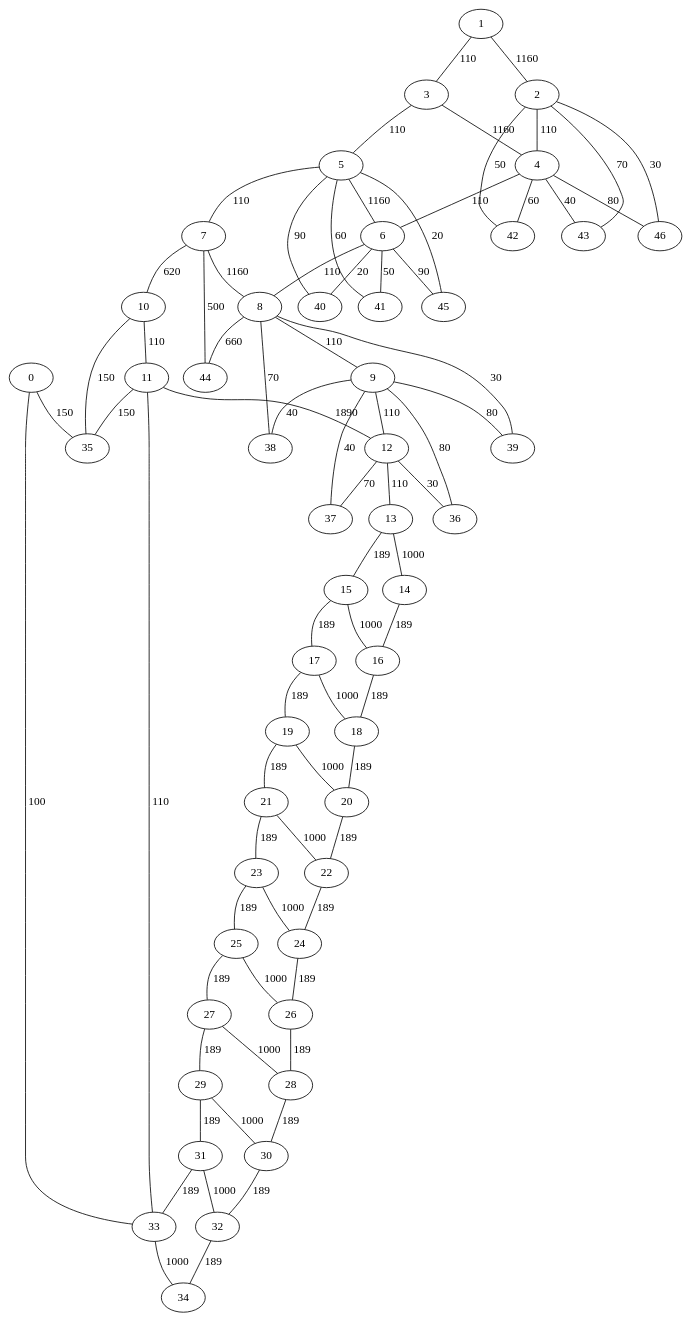
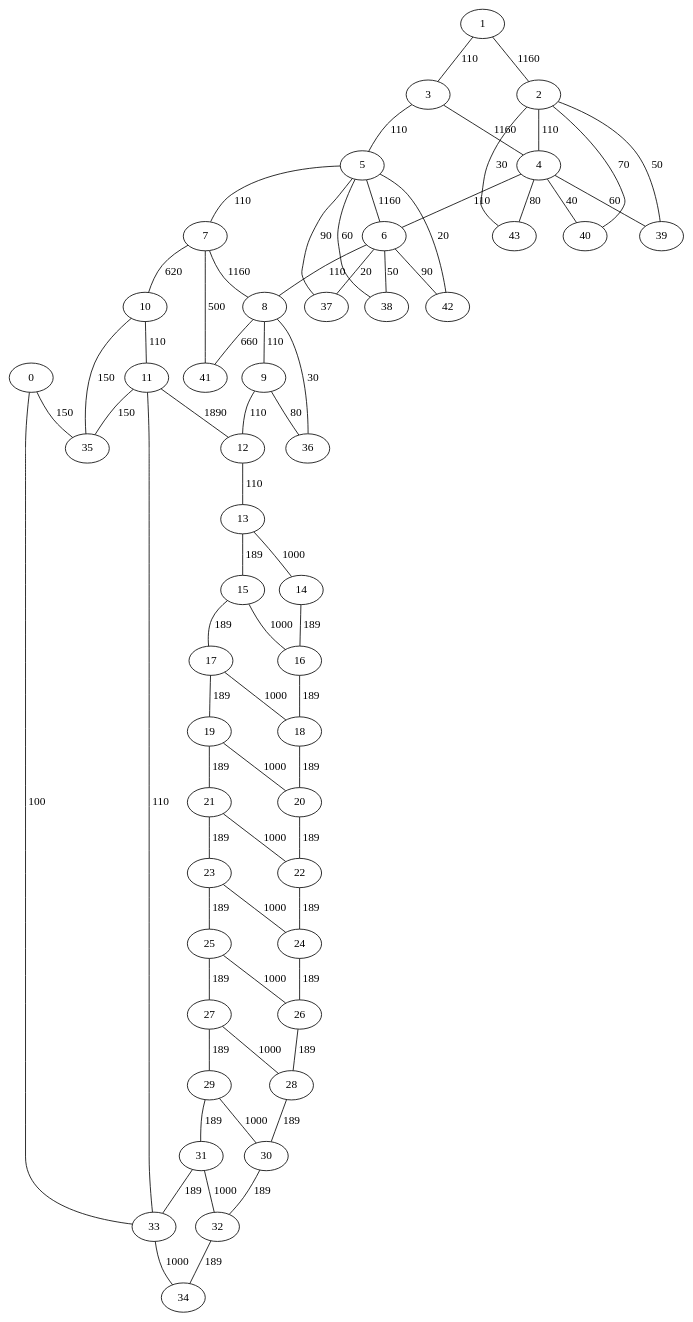
Before and after one commit to EmericBraud/fil_rouge_pharma: the diagram in step2.dot, drawn with Graphviz. The commit also changed 23 other files, not shown here.

```diff
--- a/step2.dot
+++ b/step2.dot
@@ -1,76 +1,70 @@
 graph Warehouse {
     0 -- 35 [label="150"];
     0 -- 33 [label="100"];
     1 -- 3 [label="110"];
     1 -- 2 [label="1160"];
-    2 -- 46 [label="30"];
-    2 -- 42 [label="50"];
-    2 -- 43 [label="70"];
+    2 -- 39 [label="50"];
+    2 -- 43 [label="30"];
     2 -- 4 [label="110"];
+    2 -- 40 [label="70"];
     3 -- 5 [label="110"];
     3 -- 4 [label="1160"];
-    4 -- 46 [label="80"];
-    4 -- 43 [label="40"];
+    4 -- 43 [label="80"];
+    4 -- 40 [label="40"];
+    4 -- 39 [label="60"];
     4 -- 6 [label="110"];
-    4 -- 42 [label="60"];
-    5 -- 41 [label="60"];
-    5 -- 40 [label="90"];
+    5 -- 38 [label="60"];
+    5 -- 37 [label="90"];
     5 -- 7 [label="110"];
-    5 -- 45 [label="20"];
     5 -- 6 [label="1160"];
-    6 -- 45 [label="90"];
-    6 -- 41 [label="50"];
-    6 -- 40 [label="20"];
+    5 -- 42 [label="20"];
+    6 -- 42 [label="90"];
+    6 -- 38 [label="50"];
+    6 -- 37 [label="20"];
     6 -- 8 [label="110"];
+    7 -- 41 [label="500"];
     7 -- 10 [label="620"];
     7 -- 8 [label="1160"];
-    7 -- 44 [label="500"];
-    8 -- 44 [label="660"];
-    8 -- 39 [label="30"];
-    8 -- 38 [label="70"];
+    8 -- 41 [label="660"];
+    8 -- 36 [label="30"];
     8 -- 9 [label="110"];
-    9 -- 39 [label="80"];
-    9 -- 37 [label="40"];
     9 -- 36 [label="80"];
-    9 -- 38 [label="40"];
     9 -- 12 [label="110"];
     10 -- 35 [label="150"];
     10 -- 11 [label="110"];
     11 -- 35 [label="150"];
     11 -- 33 [label="110"];
     11 -- 12 [label="1890"];
-    12 -- 36 [label="30"];
     12 -- 13 [label="110"];
-    12 -- 37 [label="70"];
     13 -- 15 [label="189"];
     13 -- 14 [label="1000"];
     14 -- 16 [label="189"];
     15 -- 17 [label="189"];
     15 -- 16 [label="1000"];
     16 -- 18 [label="189"];
     17 -- 19 [label="189"];
     17 -- 18 [label="1000"];
     18 -- 20 [label="189"];
     19 -- 21 [label="189"];
     19 -- 20 [label="1000"];
     20 -- 22 [label="189"];
     21 -- 23 [label="189"];
     21 -- 22 [label="1000"];
     22 -- 24 [label="189"];
     23 -- 25 [label="189"];
     23 -- 24 [label="1000"];
     24 -- 26 [label="189"];
     25 -- 27 [label="189"];
     25 -- 26 [label="1000"];
     26 -- 28 [label="189"];
     27 -- 29 [label="189"];
     27 -- 28 [label="1000"];
     28 -- 30 [label="189"];
     29 -- 31 [label="189"];
     29 -- 30 [label="1000"];
     30 -- 32 [label="189"];
     31 -- 33 [label="189"];
     31 -- 32 [label="1000"];
     32 -- 34 [label="189"];
     33 -- 34 [label="1000"];
 }
```
